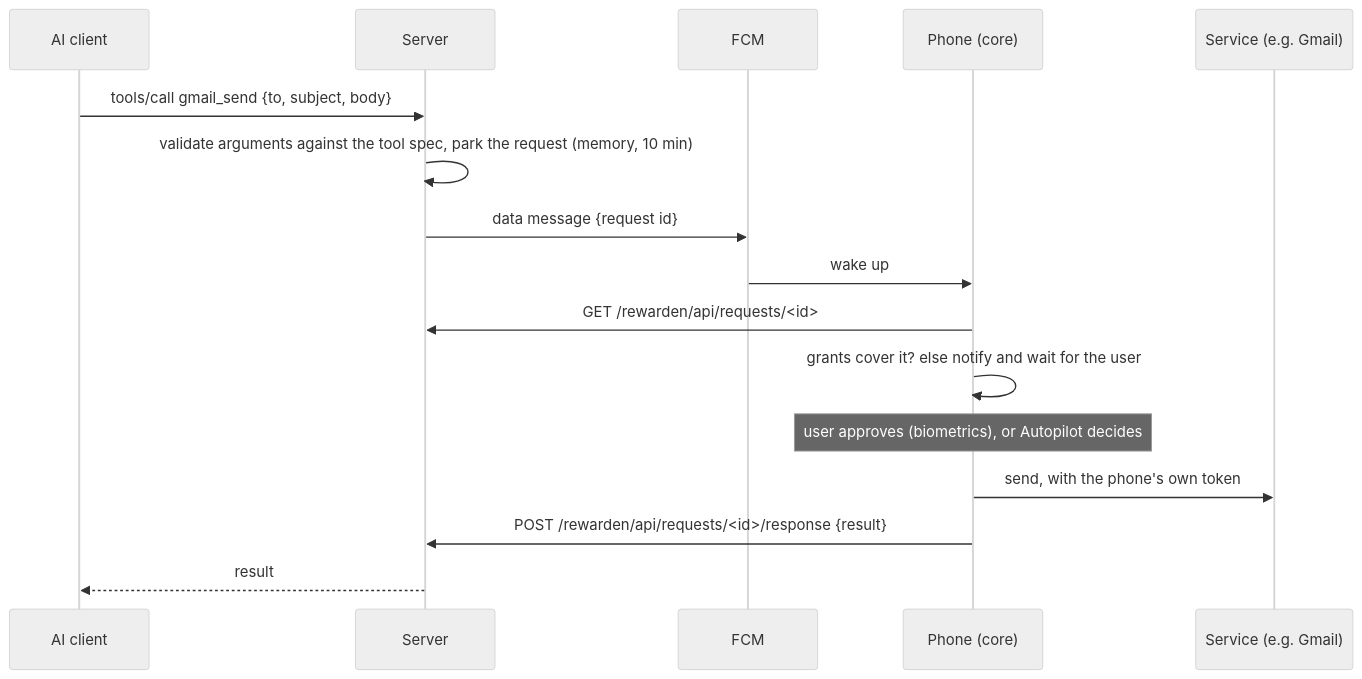
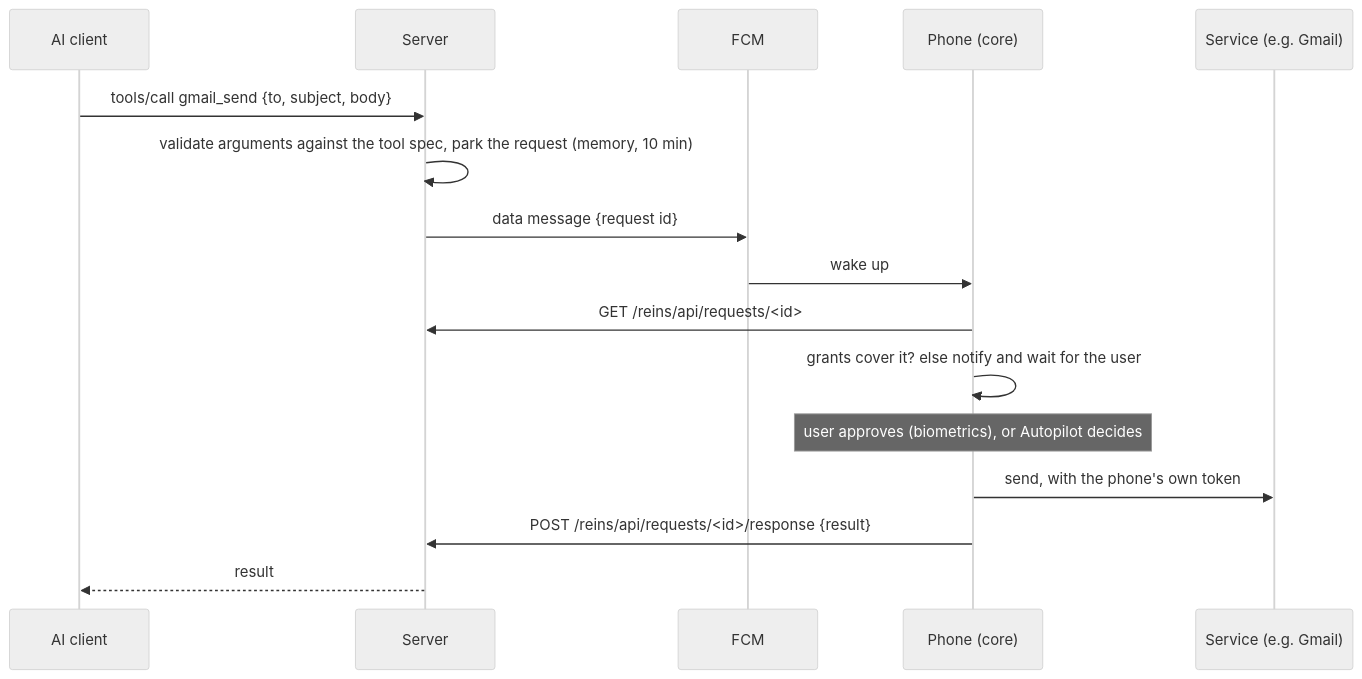
One commit to katulevskiy/reins changed the third of 4 diagrams in docs/architecture.md. Above: the diagram before and after it, drawn with Mermaid (neutral theme). The commit also changed other lines of this file and 584 other files, not shown here.

Commit message:
chore: rename rewarden to reins everywhere

````diff
--- a/docs/architecture.md
+++ b/docs/architecture.md
@@ -119,18 +119,18 @@
 ```mermaid
 sequenceDiagram
     participant AI as AI client
     participant S as Server
     participant F as FCM
     participant P as Phone (core)
     participant G as Service (e.g. Gmail)
     AI->>S: tools/call gmail_send {to, subject, body}
     S->>S: validate arguments against the tool spec, park the request (memory, 10 min)
     S->>F: data message {request id}
     F->>P: wake up
-    P->>S: GET /rewarden/api/requests/<id>
+    P->>S: GET /reins/api/requests/<id>
     P->>P: grants cover it? else notify and wait for the user
     Note over P: user approves (biometrics), or Autopilot decides
     P->>G: send, with the phone's own token
-    P->>S: POST /rewarden/api/requests/<id>/response {result}
+    P->>S: POST /reins/api/requests/<id>/response {result}
     S-->>AI: result
 ```
````
